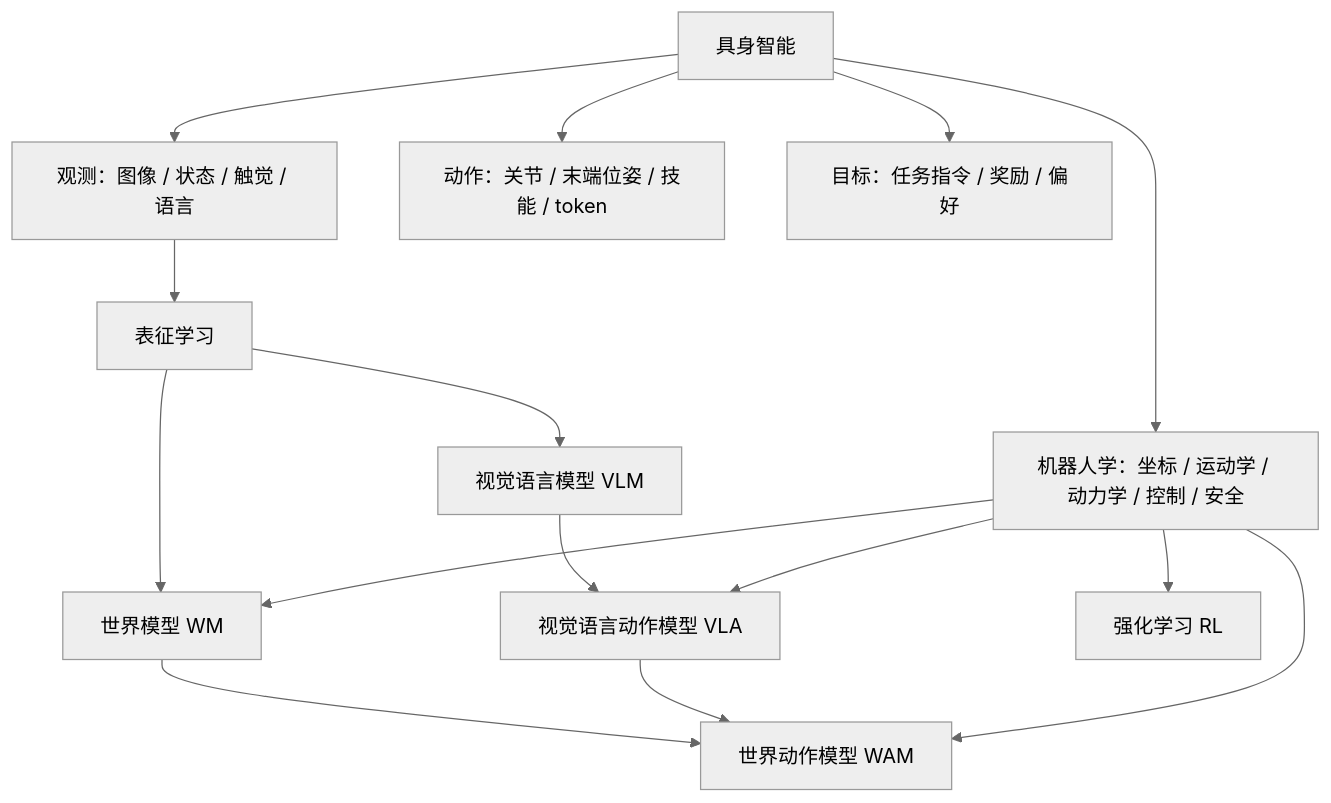
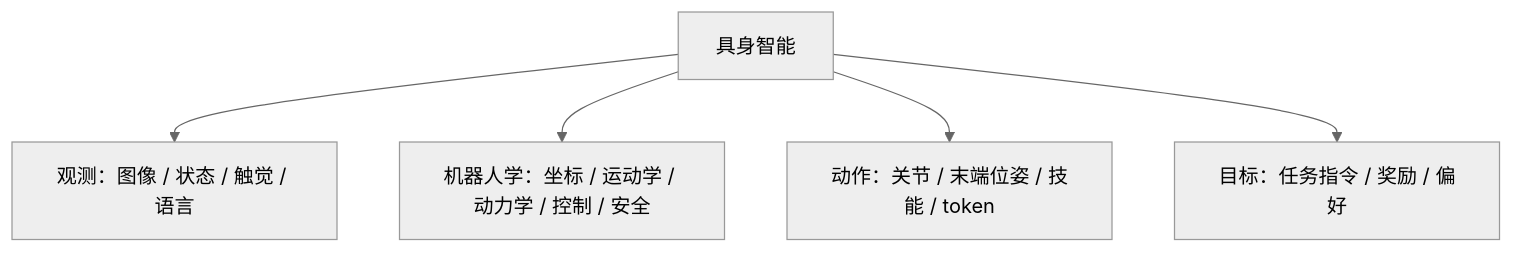
Before and after one commit to Faraday-2024/Embodied-AI-Start: the second of 8 diagrams in docs/knowledge-map.md, drawn with Mermaid (neutral theme).

````diff
--- a/docs/knowledge-map.md
+++ b/docs/knowledge-map.md
@@ -27,20 +27,7 @@
 ```mermaid
 flowchart TD
     ROOT["具身智能"] --> OBS["观测：图像 / 状态 / 触觉 / 语言"]
     ROOT --> ROB["机器人学：坐标 / 运动学 / 动力学 / 控制 / 安全"]
     ROOT --> ACT["动作：关节 / 末端位姿 / 技能 / token"]
     ROOT --> OBJ["目标：任务指令 / 奖励 / 偏好"]
-
-    OBS --> REP["表征学习"]
-    REP --> VLM["视觉语言模型 VLM"]
-    REP --> WM["世界模型 WM"]
-
-    VLM --> VLA["视觉语言动作模型 VLA"]
-    WM --> WAM["世界动作模型 WAM"]
-    VLA --> WAM
-
-    ROB --> WM
-    ROB --> VLA
-    ROB --> WAM
-    ROB --> RL["强化学习 RL"]
 ```
````
